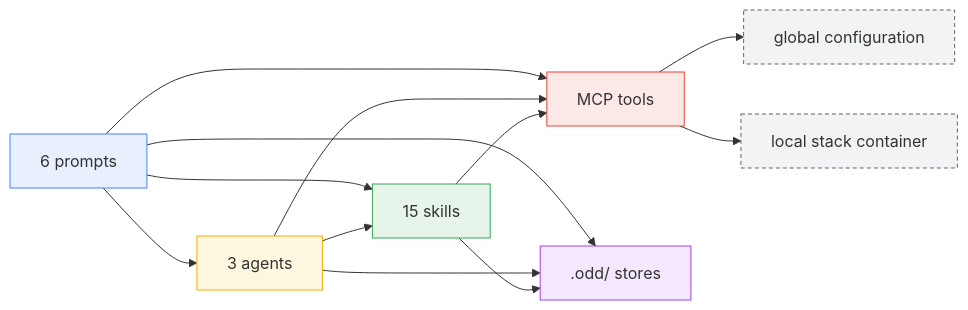
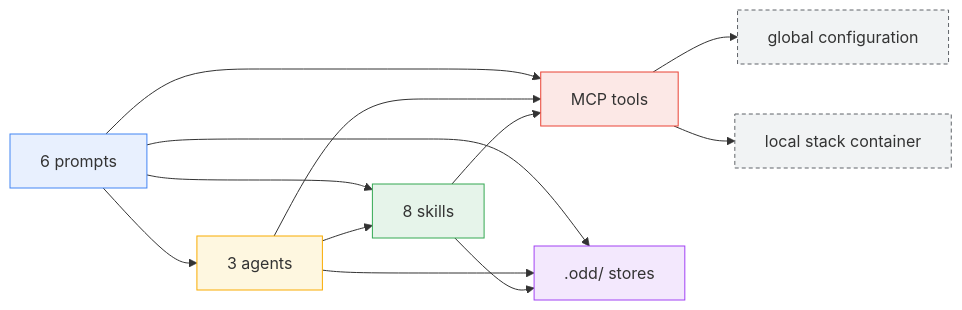
One commit to using-system/oddyssey changed the seventh of 7 diagrams in docs/guide/dependencies.md. Above: the diagram before and after it, drawn with Mermaid. The commit also changed other lines of this file and 13 other files, not shown here.

````diff
--- a/docs/guide/dependencies.md
+++ b/docs/guide/dependencies.md
@@ -470,27 +483,27 @@
 ```mermaid
 flowchart LR
   P[6 prompts] --> A[3 agents]
-  P --> S[15 skills]
+  P --> S[8 skills]
   A --> S
   P --> M[MCP tools]
   A --> M
   S --> M
   P --> D[".odd/ stores"]
   A --> D
   S --> D
   M --> C["global configuration"]
   M --> K["local stack container"]
 
   classDef prompt fill:#e8f0fe,stroke:#4285f4
   classDef agent fill:#fef7e0,stroke:#f9ab00
   classDef skill fill:#e6f4ea,stroke:#34a853
   classDef mcp fill:#fce8e6,stroke:#ea4335
   classDef store fill:#f3e8fd,stroke:#a142f4
   classDef state fill:#f1f3f4,stroke:#5f6368,stroke-dasharray: 4 3
   class P prompt
   class A agent
   class S skill
   class M mcp
   class D store
   class C,K state
 ```
````
